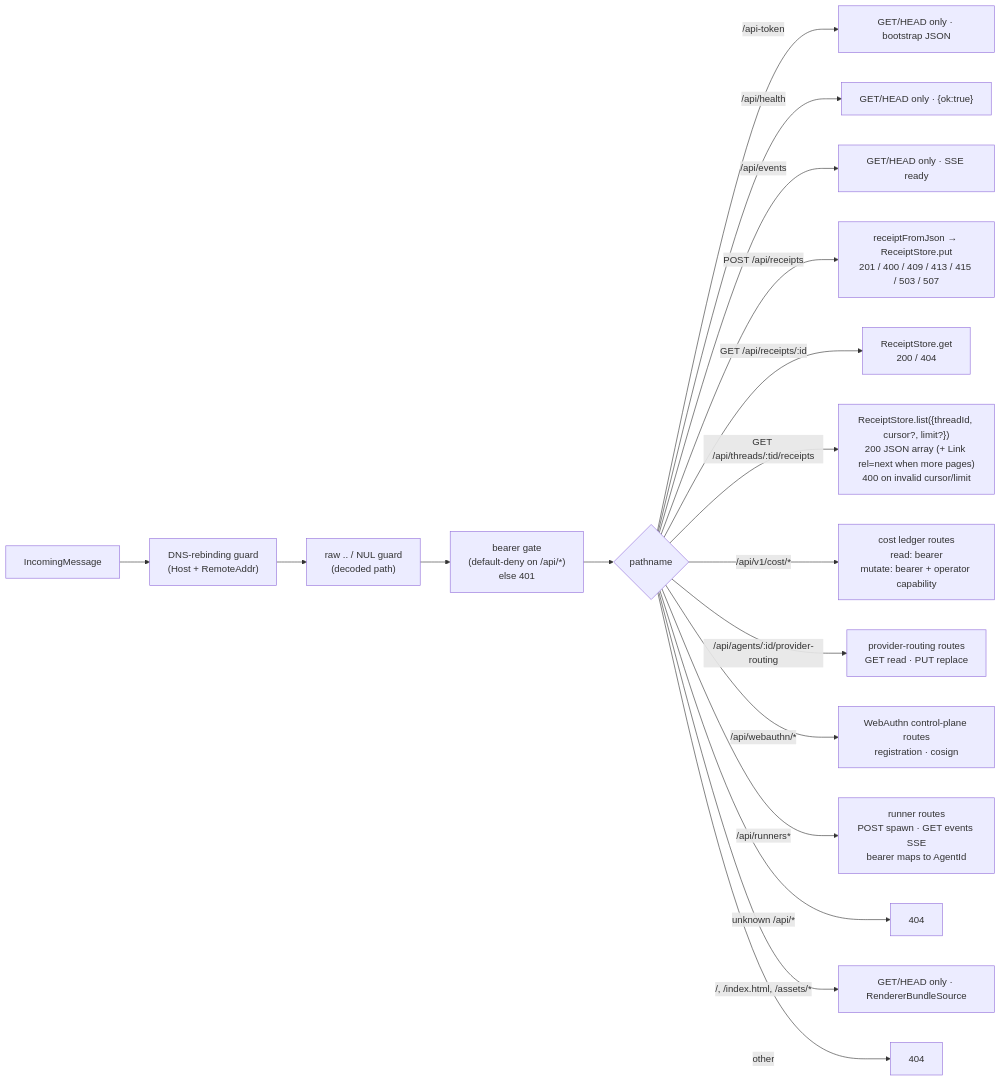
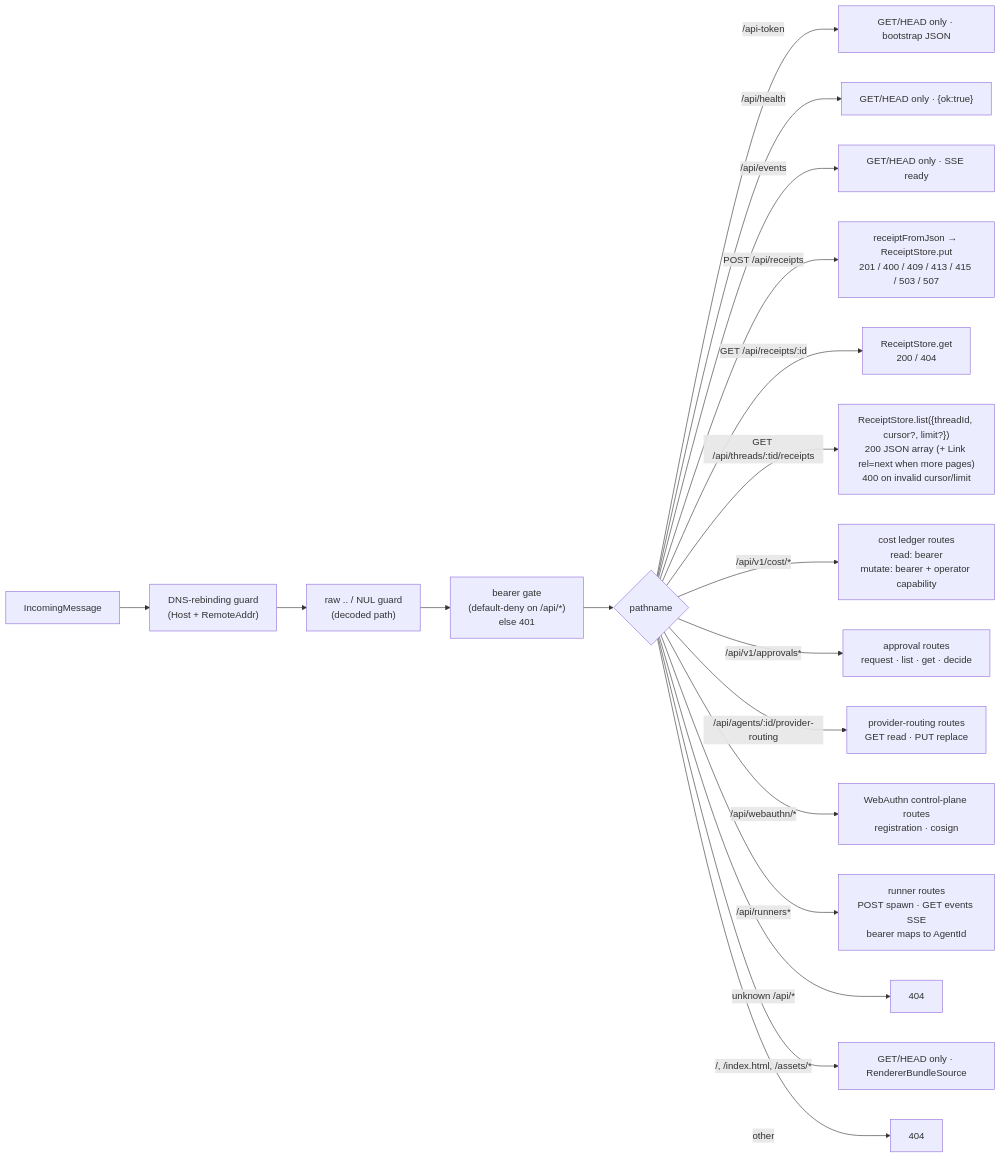
One commit to nex-crm/wuphf changed the diagram in packages/broker/docs/modules/listener.md. Above: the diagram before and after it, drawn with Mermaid. The commit also changed other lines of this file and 18 other files, not shown here.

````diff
--- a/packages/broker/docs/modules/listener.md
+++ b/packages/broker/docs/modules/listener.md
@@ -17,20 +17,21 @@
 ```mermaid
 flowchart LR
   req["IncomingMessage"] --> guard["DNS-rebinding guard<br/>(Host + RemoteAddr)"]
   guard --> traversal["raw .. / NUL guard<br/>(decoded path)"]
   traversal --> auth["bearer gate<br/>(default-deny on /api/*)<br/>else 401"]
   auth --> dispatch{"pathname"}
   dispatch -- "/api-token" --> bootstrap["GET/HEAD only · bootstrap JSON"]
   dispatch -- "/api/health" --> health["GET/HEAD only · {ok:true}"]
   dispatch -- "/api/events" --> events["GET/HEAD only · SSE ready"]
   dispatch -- "POST /api/receipts" --> create["receiptFromJson → ReceiptStore.put<br/>201 / 400 / 409 / 413 / 415 / 503 / 507"]
   dispatch -- "GET /api/receipts/:id" --> read["ReceiptStore.get<br/>200 / 404"]
   dispatch -- "GET /api/threads/:tid/receipts" --> list["ReceiptStore.list({threadId, cursor?, limit?})<br/>200 JSON array (+ Link rel=next when more pages)<br/>400 on invalid cursor/limit"]
   dispatch -- "/api/v1/cost/*" --> cost["cost ledger routes<br/>read: bearer<br/>mutate: bearer + operator capability"]
+  dispatch -- "/api/v1/approvals*" --> approvals["approval routes<br/>request · list · get · decide"]
   dispatch -- "/api/agents/:id/provider-routing" --> routing["provider-routing routes<br/>GET read · PUT replace"]
   dispatch -- "/api/webauthn/*" --> webauthn["WebAuthn control-plane routes<br/>registration · cosign"]
   dispatch -- "/api/runners*" --> runners["runner routes<br/>POST spawn · GET events SSE<br/>bearer maps to AgentId"]
   dispatch -- "unknown /api/*" --> apinotfound["404"]
   dispatch -- "/, /index.html, /assets/*" --> static["GET/HEAD only · RendererBundleSource"]
   dispatch -- "other" --> notfound["404"]
 ```
````
